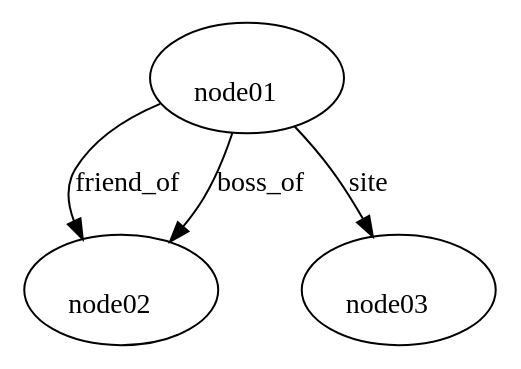
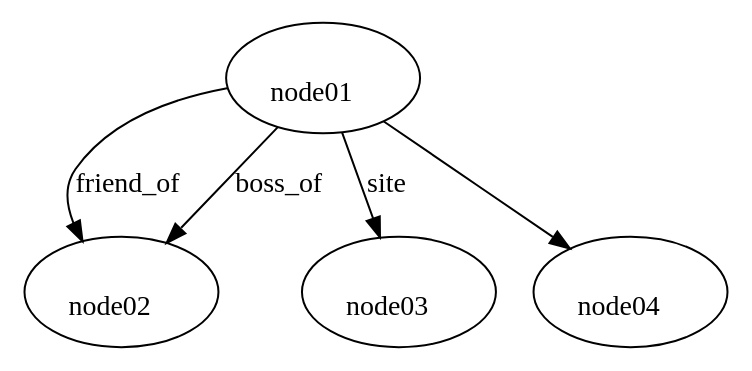
The diagram in examples/datatype/datatype.dot (g2glab/pg), drawn with Graphviz before and after one commit. The commit also changed 11 other files, not shown here.

Commit message:
added test for prop list

```diff
--- a/examples/datatype/datatype.dot
+++ b/examples/datatype/datatype.dot
@@ -1,8 +1,10 @@
 digraph "output/datatype" {
-"node01" [label="\lnode01\l" prop_int="1234" prop_double="1234.0" prop_string="1234" prop_string_2="abcd"]
-"node02" [label="\lnode02\l" prop_int="1234" prop_double="1234.0" prop_string="1234" prop_string_2="abcd"]
-"node01" -> "node02" [label="friend_of\l" prop_int="1234" prop_double="1234.0" prop_string="1234" prop_string_2="abcd"]
-"node01" -> "node02" [label="boss_of\l" prop_int="1234" prop_double="1234.0" prop_string="1234" prop_string_2="abcd"]
+"node01" [label="\lnode01\l" prop_int="1234" prop_double="1234.0" prop_string_1="1234" prop_string_2="abcd"]
+"node02" [label="\lnode02\l" prop_int="1234" prop_double="1234.0" prop_string_1="1234" prop_string_2="abcd"]
+"node01" -> "node02" [label="friend_of\l" prop_int="1234" prop_double="1234.0" prop_string_1="1234" prop_string_2="abcd"]
+"node01" -> "node02" [label="boss_of\l" prop_int="1234" prop_double="1234.0" prop_string_1="1234" prop_string_2="abcd"]
 "node03" [label="\lnode03\l" prop_url="http://abc.abc/abc"]
 "node01" -> "node03" [label="site\l" prop_url="http://abc.abc/abc"]
+"node04" [label="\lnode04\l" prop_list_int="10;20" prop_list_string="abcd;efgh"]
+"node01" -> "node04" [label="\l" prop_list_int="10;20" prop_list_string="abcd;efgh"]
 }
```
